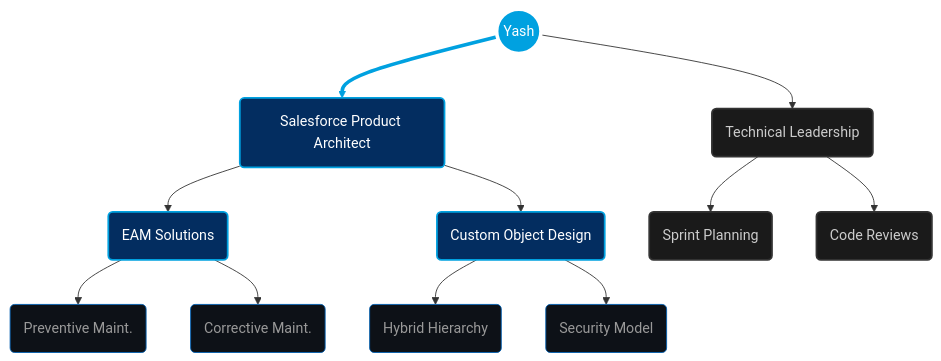
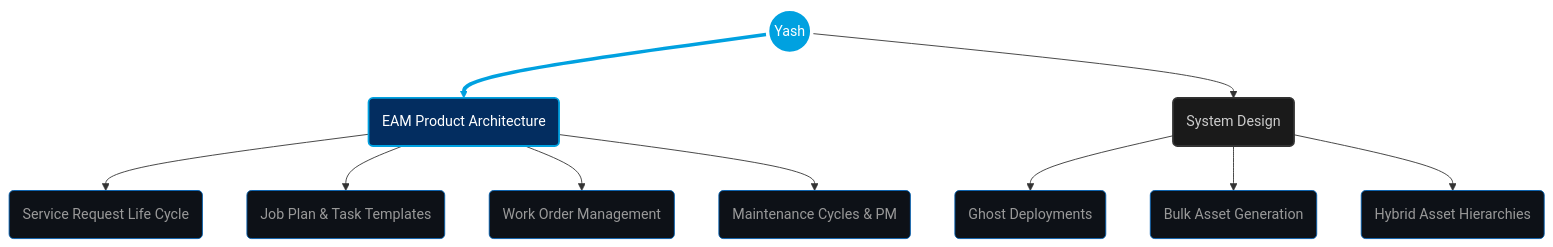
Before and after one commit to Yashraghuvans/Yashraghuvans: the diagram in README.md, drawn with Mermaid. The commit also changed other lines of this file, not shown here.

Commit message:
Revise README for clarity and updated focus

````diff
--- a/README.md
+++ b/README.md
@@ -103,29 +49,27 @@
 ```mermaid
 graph TD
     %% Central Node
     Root((Yash)):::root
 
-    %% Primary Focus (Salesforce)
-    Root ==> SF(Salesforce Product Architect):::salesforce
-    SF --> EAM(EAM Solutions):::salesforce
-    SF --> Arch(Custom Object Design):::salesforce
+    %% EAM Pillar
+    Root ==> EAM(EAM Product Architecture):::salesforce
+    EAM --> SR(Service Request Life Cycle):::sub
+    EAM --> JP(Job Plan & Task Templates):::sub
+    EAM --> WO(Work Order Management):::sub
+    EAM --> MC(Maintenance Cycles & PM):::sub
     
-    %% Details
-    EAM --> PM(Preventive Maint.):::sub
-    EAM --> CM(Corrective Maint.):::sub
-    Arch --> Hier(Hybrid Hierarchy):::sub
-    Arch --> Sec(Security Model):::sub
+    %% Technical Pillar
+    Root --> Tech(System Design):::leadership
+    Tech --> Ghost(Ghost Deployments):::sub
+    Tech --> Bulk(Bulk Asset Generation):::sub
+    Tech --> Hierarchy(Hybrid Asset Hierarchies):::sub
 
-    %% Secondary Focus (Leadership)
-    Root --> Lead(Technical Leadership):::leadership
-    Lead --> Sprint(Sprint Planning):::leadership
-    Lead --> Review(Code Reviews):::leadership
-
-    %% Styles for Salesforce Blue Theme
+    %% Styles
     classDef root fill:#00A1E0,stroke:#ffffff,stroke-width:4px,color:#ffffff,rx:15px,ry:15px;
     classDef salesforce fill:#032D60,stroke:#00A1E0,stroke-width:2px,color:#ffffff,rx:5px,ry:5px;
     classDef leadership fill:#1a1a1a,stroke:#333333,stroke-width:2px,color:#cccccc,rx:5px,ry:5px;
     classDef sub fill:#0d1117,stroke:#005FB2,stroke-width:1px,color:#999999,rx:5px,ry:5px;
     
     linkStyle 0 stroke:#00A1E0,stroke-width:4px;
+
 ```
````
